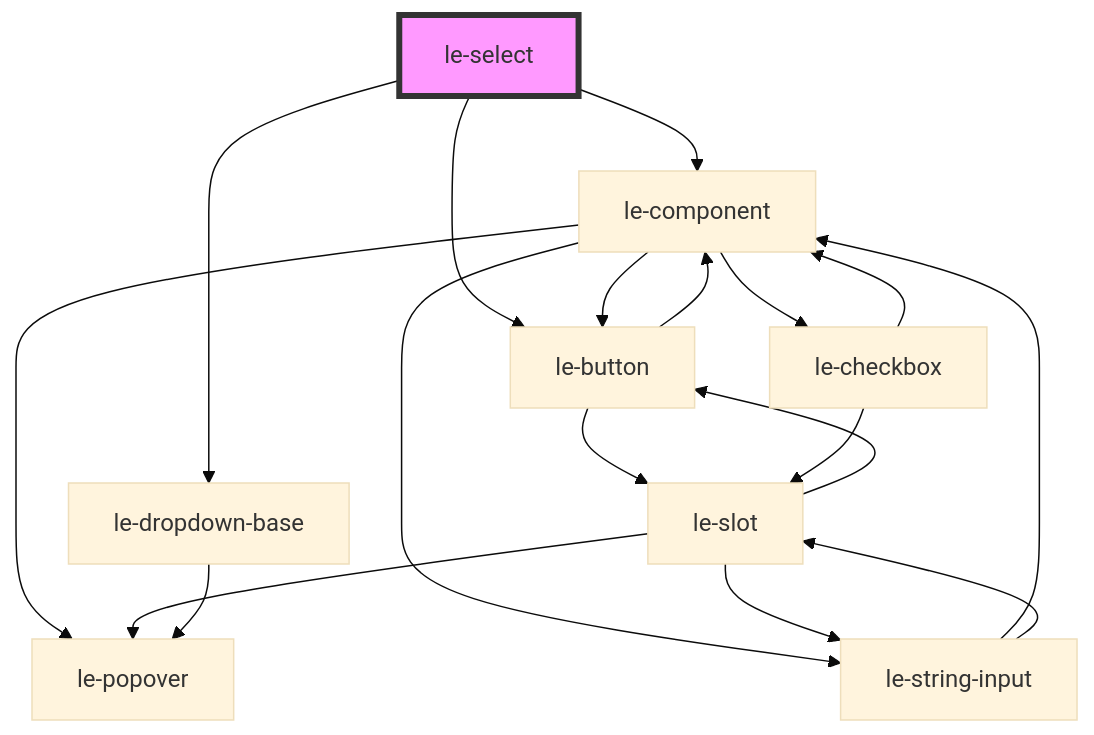
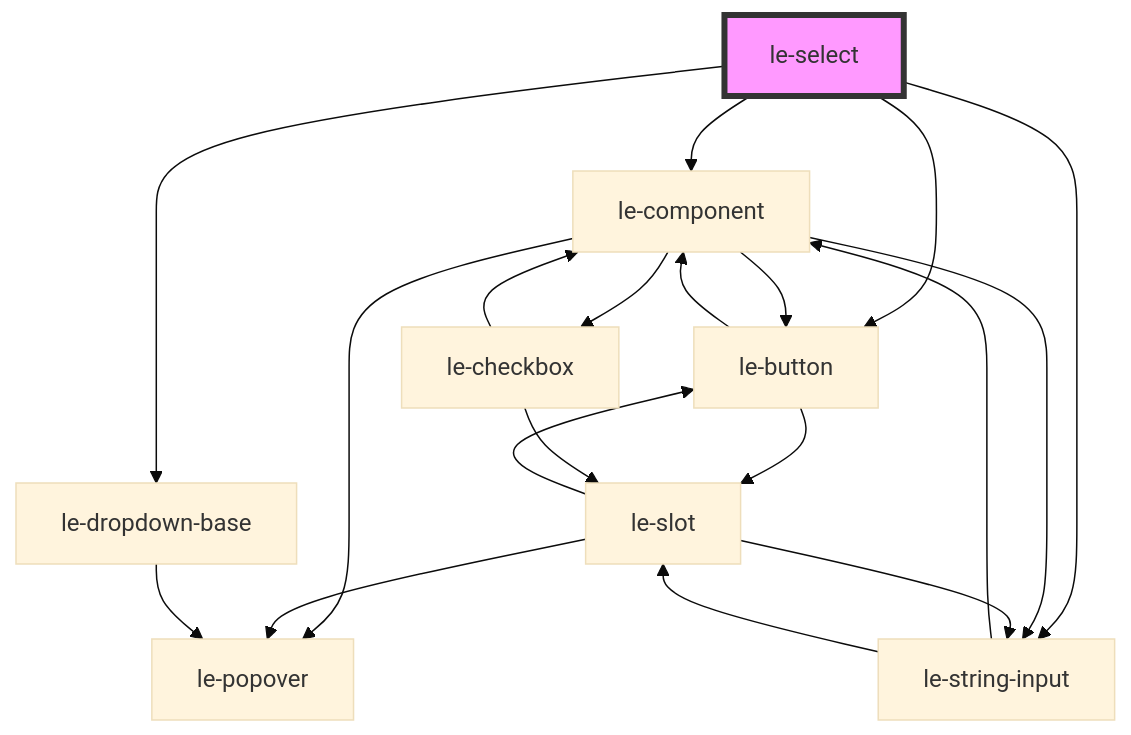
Before and after one commit to leechy/le-kit: the diagram in src/components/le-select/readme.md, drawn with Mermaid (base theme). The commit also changed other lines of this file and 21 other files, not shown here.

````diff
--- a/src/components/le-select/readme.md
+++ b/src/components/le-select/readme.md
@@ -69,21 +72,22 @@
 ```mermaid
 graph TD;
   le-select --> le-component
   le-select --> le-dropdown-base
   le-select --> le-button
+  le-select --> le-string-input
   le-component --> le-button
   le-component --> le-checkbox
   le-component --> le-string-input
   le-component --> le-popover
   le-button --> le-component
   le-button --> le-slot
   le-slot --> le-popover
   le-slot --> le-button
   le-slot --> le-string-input
   le-string-input --> le-component
   le-string-input --> le-slot
   le-checkbox --> le-component
   le-checkbox --> le-slot
   le-dropdown-base --> le-popover
   style le-select fill:#f9f,stroke:#333,stroke-width:4px
 ```
````
